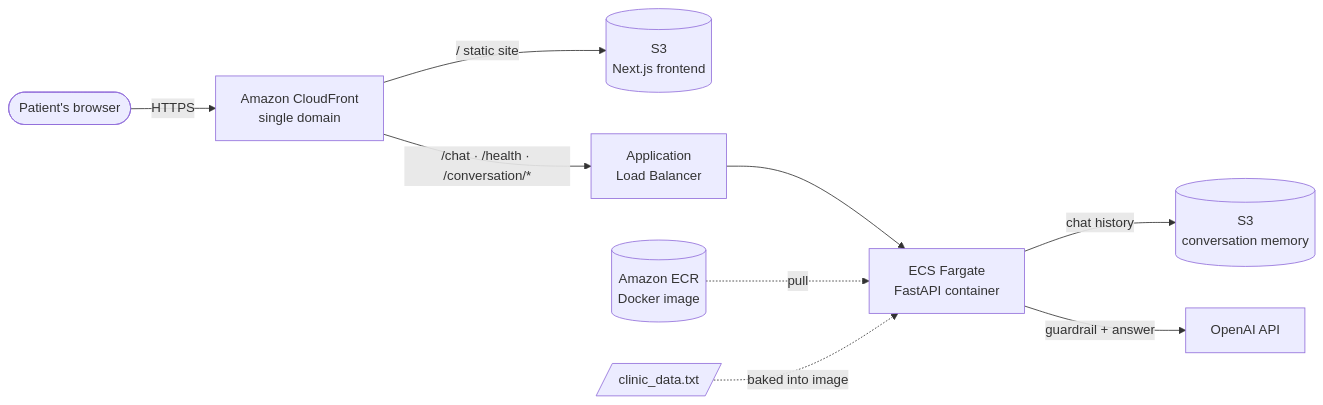
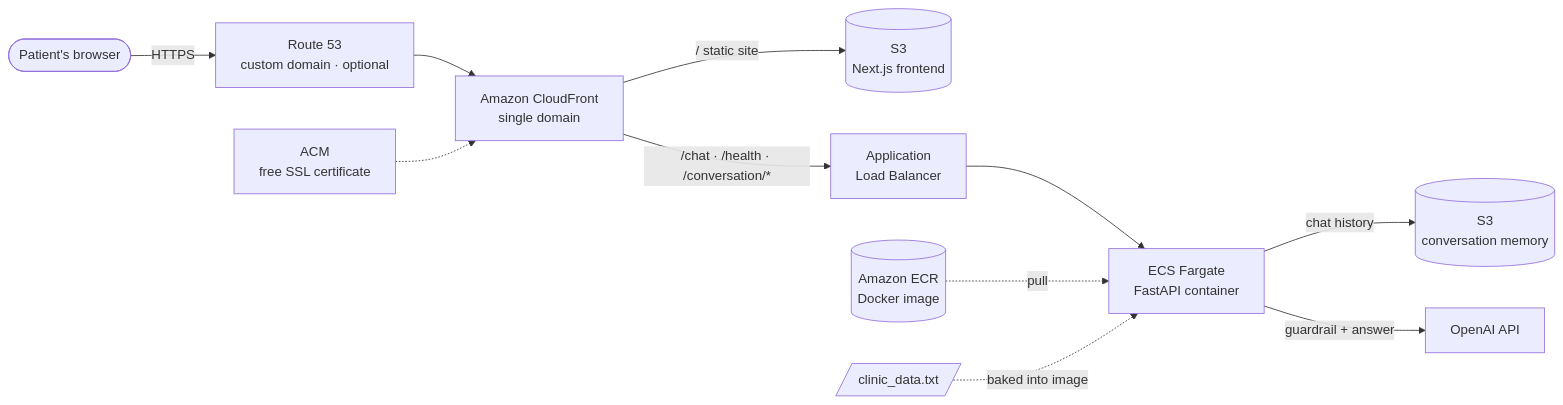
One commit to rifatislamzeemshaurov/clinicmate changed the diagram in README.md. Above: the diagram before and after it, drawn with Mermaid. The commit also changed other lines of this file and 8 other files, not shown here.

First line of the commit message:
Add one-command custom domain support with automatic HTTPS

````diff
--- a/README.md
+++ b/README.md
@@ -66,11 +67,13 @@
 ```mermaid
 flowchart LR
-    U([Patient's browser]) -->|HTTPS| CF[Amazon CloudFront<br/>single domain]
+    U([Patient's browser]) -->|HTTPS| R53[Route 53<br/>custom domain · optional]
+    R53 --> CF[Amazon CloudFront<br/>single domain]
+    ACM[ACM<br/>free SSL certificate] -.-> CF
     CF -->|/ static site| S3F[(S3<br/>Next.js frontend)]
     CF -->|/chat · /health · /conversation/*| ALB[Application<br/>Load Balancer]
     ALB --> ECS[ECS Fargate<br/>FastAPI container]
     ECR[(Amazon ECR<br/>Docker image)] -.->|pull| ECS
     ECS -->|chat history| S3M[(S3<br/>conversation memory)]
     ECS -->|guardrail + answer| OAI[OpenAI API]
     DATA[/clinic_data.txt/] -.->|baked into image| ECS
 ```
````
